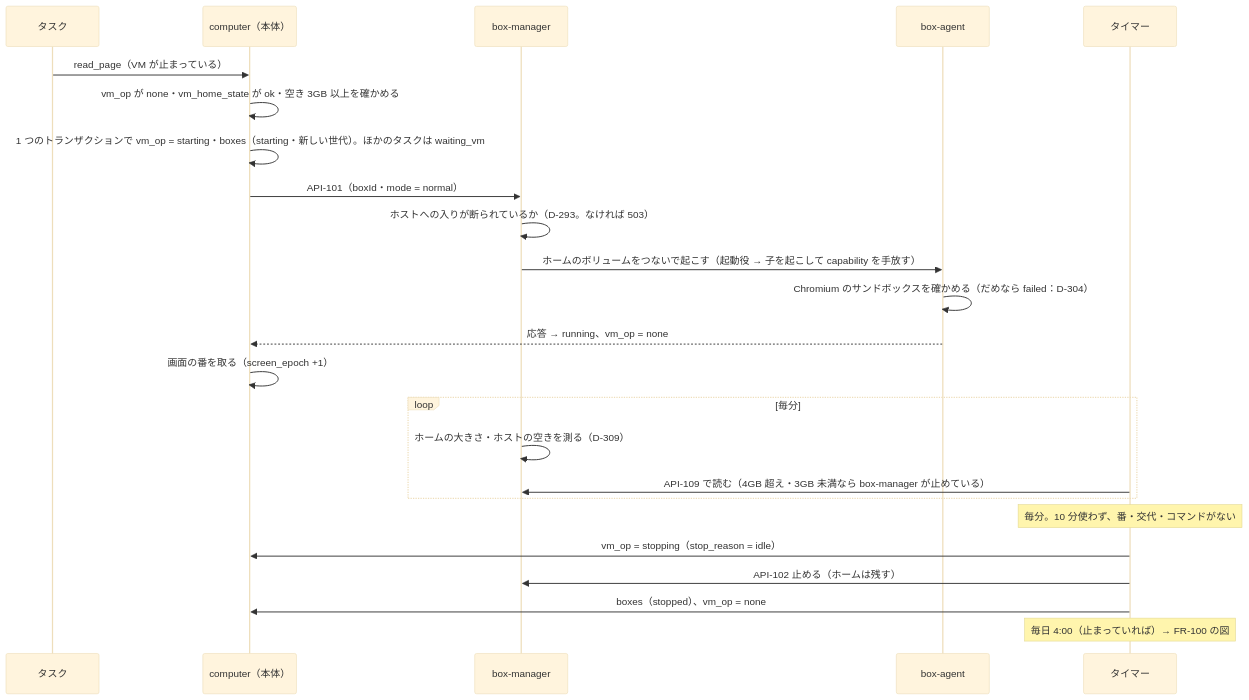
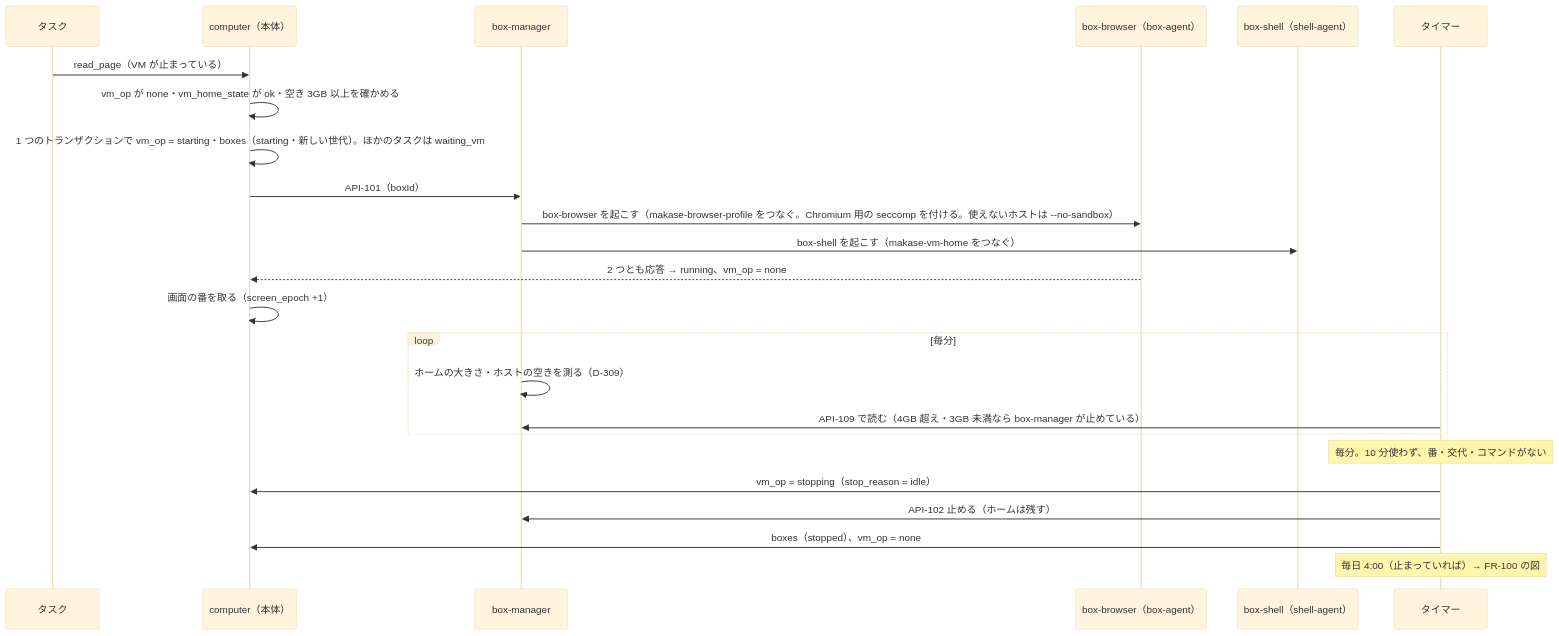
The seventh of 13 diagrams in docs/design/10_diagrams/sequences.md (itiwoja/agent-team), drawn with Mermaid (base theme) before and after one commit. The commit also changed other lines of this file and 34 other files, not shown here.

````diff
--- a/docs/design/10_diagrams/sequences.md
+++ b/docs/design/10_diagrams/sequences.md
@@ -139,26 +143,26 @@
 ```mermaid
 sequenceDiagram
  participant TK as タスク
  participant CU as computer（本体）
  participant BM as box-manager
- participant B as box-agent
+ participant BR as box-browser（box-agent）
+ participant SH as box-shell（shell-agent）
  participant TM as タイマー
  TK->>CU: read_page（VM が止まっている）
  CU->>CU: vm_op が none・vm_home_state が ok・空き 3GB 以上を確かめる
  CU->>CU: 1 つのトランザクションで vm_op = starting・boxes（starting・新しい世代）。ほかのタスクは waiting_vm
- CU->>BM: API-101（boxId・mode = normal）
- BM->>BM: ホストへの入りが断られているか（D-293。なければ 503）
- BM->>B: ホームのボリュームをつないで起こす（起動役 → 子を起こして capability を手放す）
- B->>B: Chromium のサンドボックスを確かめる（だめなら failed：D-304）
- B-->>CU: 応答 → running、vm_op = none
+ CU->>BM: API-101（boxId）
+ BM->>BR: box-browser を起こす（makase-browser-profile をつなぐ。Chromium 用の seccomp を付ける。使えないホストは --no-sandbox）
+ BM->>SH: box-shell を起こす（makase-vm-home をつなぐ）
+ BR-->>CU: 2 つとも応答 → running、vm_op = none
  CU->>CU: 画面の番を取る（screen_epoch +1）
  loop 毎分
   BM->>BM: ホームの大きさ・ホストの空きを測る（D-309）
   TM->>BM: API-109 で読む（4GB 超え・3GB 未満なら box-manager が止めている）
  end
  Note over TM: 毎分。10 分使わず、番・交代・コマンドがない
  TM->>CU: vm_op = stopping（stop_reason = idle）
  TM->>BM: API-102 止める（ホームは残す）
  TM->>CU: boxes（stopped）、vm_op = none
  Note over TM: 毎日 4:00（止まっていれば）→ FR-100 の図
 ```
````
